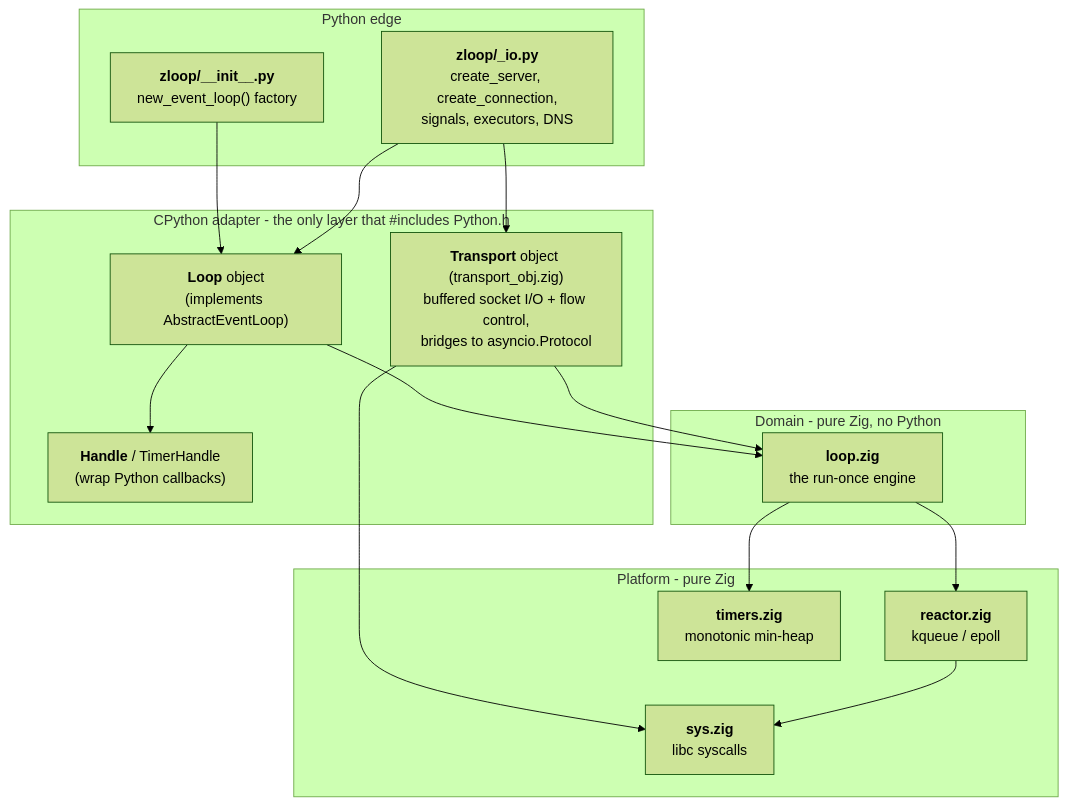
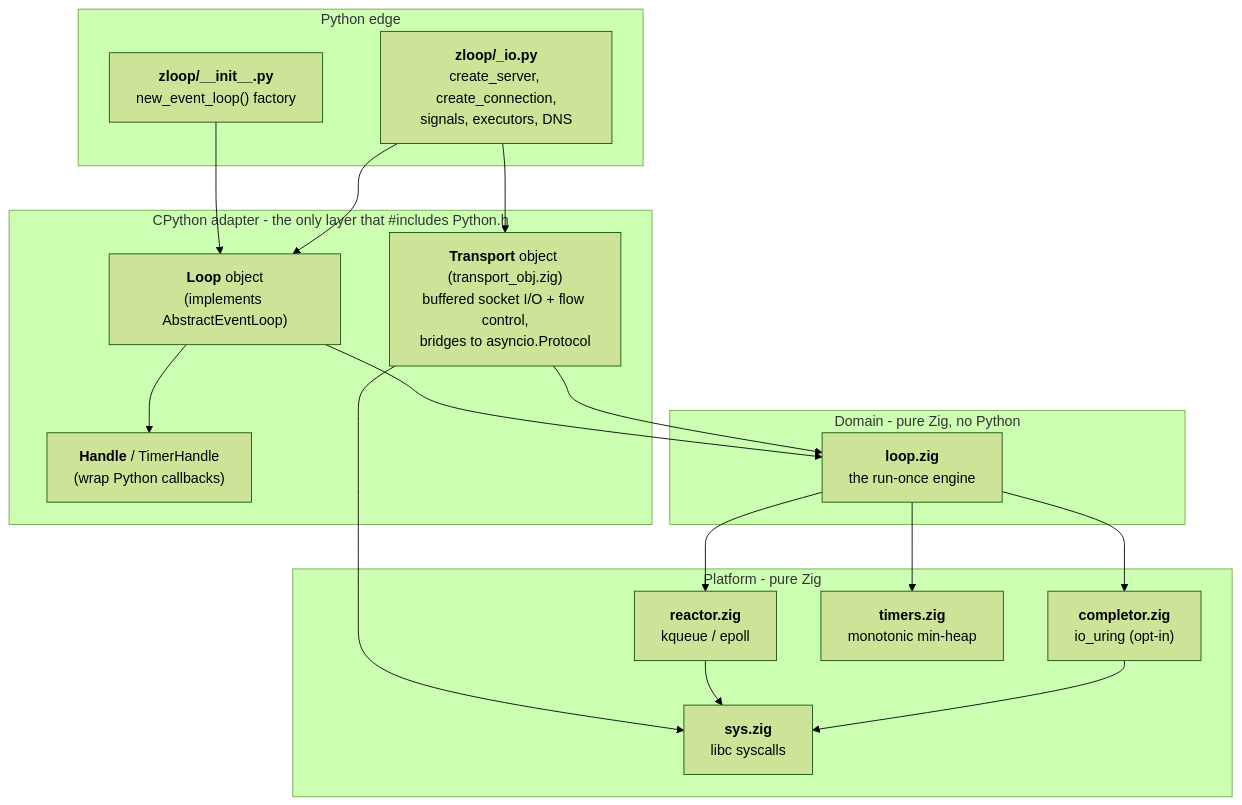
Before and after one commit to Kludex/zloop: the diagram in docs/architecture/overview.md, drawn with Mermaid (forest theme). The commit also changed other lines of this file and 5 other files, not shown here.

First line of the commit message:
Document the io_uring completion backend in the architecture docs (#27)

````diff
--- a/docs/architecture/overview.md
+++ b/docs/architecture/overview.md
@@ -35,32 +35,35 @@
 ```mermaid
 graph TD
     subgraph edge["Python edge"]
         A["<b>zloop/__init__.py</b><br/>new_event_loop() factory"]
         B["<b>zloop/_io.py</b><br/>create_server, create_connection,<br/>signals, executors, DNS"]
     end
     subgraph adapter["CPython adapter - the only layer that #includes Python.h"]
         C["<b>Loop</b> object<br/>(implements AbstractEventLoop)"]
         D["<b>Transport</b> object (transport_obj.zig)<br/>buffered socket I/O + flow control,<br/>bridges to asyncio.Protocol"]
         E["<b>Handle</b> / TimerHandle<br/>(wrap Python callbacks)"]
     end
     subgraph domain["Domain - pure Zig, no Python"]
         F["<b>loop.zig</b><br/>the run-once engine"]
     end
     subgraph platform["Platform - pure Zig"]
         H["<b>reactor.zig</b><br/>kqueue / epoll"]
+        G["<b>completor.zig</b><br/>io_uring (opt-in)"]
         I["<b>timers.zig</b><br/>monotonic min-heap"]
         J["<b>sys.zig</b><br/>libc syscalls"]
     end
 
     A --> C
     B --> C
     B --> D
     C --> E
     C --> F
     D --> F
     D --> J
     F --> H
+    F --> G
     F --> I
     H --> J
+    G --> J
 
 ```
````
